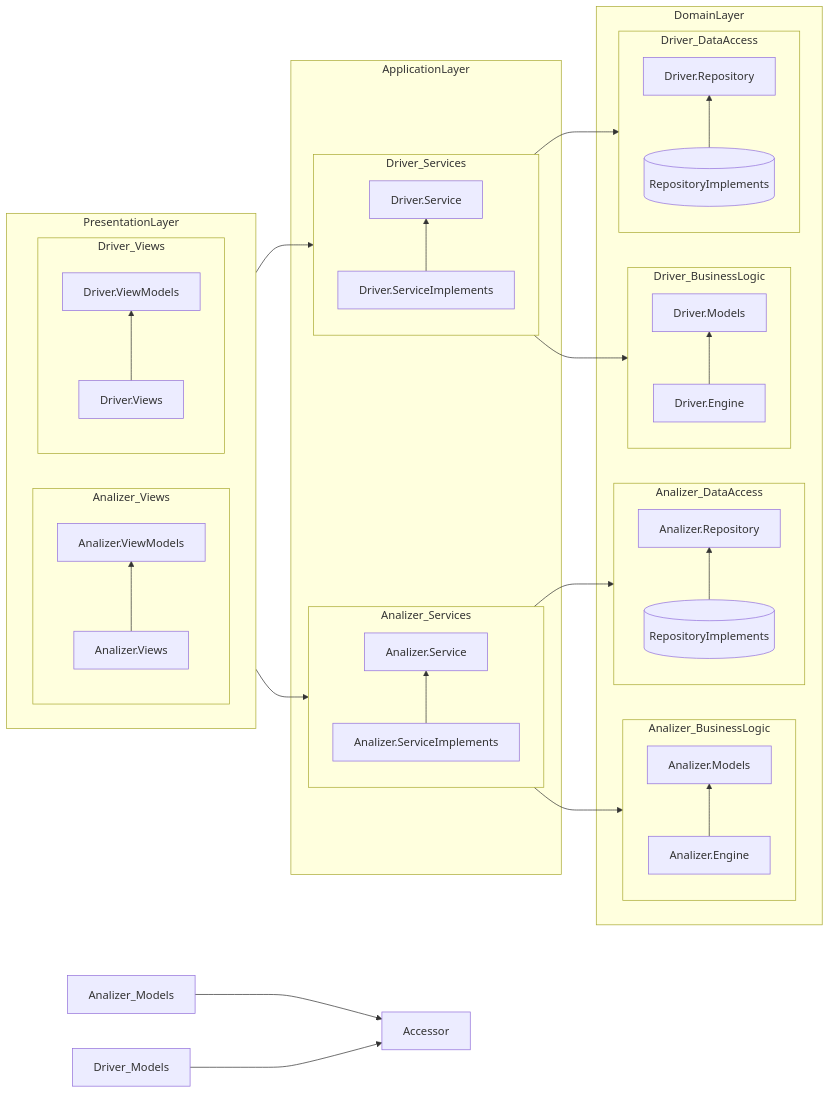
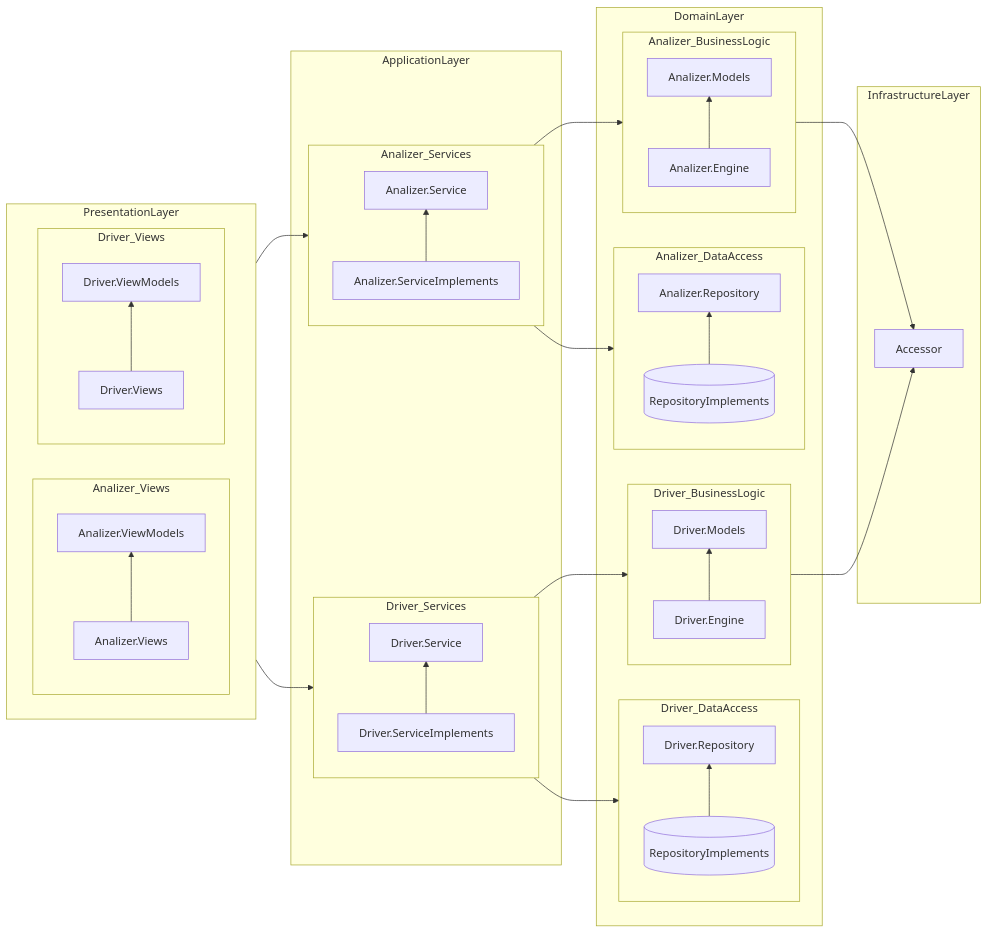
One commit to hidemuu/mov changed the diagram in doc/mermaid/flow_charts/AssemblyStairWay.md. Above: the diagram before and after it, drawn with Mermaid.

Commit message:
20221120_3

````diff
--- a/doc/mermaid/flow_charts/AssemblyStairWay.md
+++ b/doc/mermaid/flow_charts/AssemblyStairWay.md
@@ -1,56 +1,64 @@
 ```mermaid
 flowchart LR
     
-    Analizer_Models --> Accessor
-    Analizer_Views --> Analizer_Services
-    Driver_Models --> Accessor
-    Driver_Views --> Driver_Services
-    
-    subgraph DomainLayer
-        subgraph Analizer_BusinessLogic
-            direction BT
-            Analizer.Engine --> Analizer.Models
-        end
-        subgraph Analizer_DataAccess
-            direction BT
-            Analizer.RepositoryImplements[("RepositoryImplements")] --> Analizer.Repository
-        end
-        subgraph Driver_BusinessLogic
-            direction BT
-            Driver.Engine --> Driver.Models
-        end
-        subgraph Driver_DataAccess
-            direction BT
-            Driver.RepositoryImplements[("RepositoryImplements")] --> Driver.Repository
-        end
-    end
-    
-    subgraph ApplicationLayer
-        subgraph Analizer_Services
-            direction BT
-            Analizer.ServiceImplements --> Analizer.Service
-        end
-        Analizer_Services --> Analizer_BusinessLogic
-        Analizer_Services --> Analizer_DataAccess
-        subgraph Driver_Services
-            direction BT
-            Driver.ServiceImplements --> Driver.Service
-        end
-        Driver_Services --> Driver_BusinessLogic
-        Driver_Services --> Driver_DataAccess
-    end
-
     subgraph PresentationLayer
         direction LR
         subgraph Analizer_Views
             direction BT
             Analizer.Views --> Analizer.ViewModels
         end
         subgraph Driver_Views
             direction BT
             Driver.Views --> Driver.ViewModels
         end
+        
+    end
+
+    Analizer_Views --> Analizer_Services
+    Driver_Views --> Driver_Services
+
+    subgraph ApplicationLayer
+        subgraph Analizer_Services
+            direction BT
+            Analizer.ServiceImplements --> Analizer.Service
+        end
+        
+        subgraph Driver_Services
+            direction BT
+            Driver.ServiceImplements --> Driver.Service
+        end
+        
+    end
+
+    Analizer_Services --> Analizer_BusinessLogic
+    Analizer_Services --> Analizer_DataAccess
+    Driver_Services --> Driver_BusinessLogic
+    Driver_Services --> Driver_DataAccess
+
+    subgraph DomainLayer
+        subgraph Analizer_BusinessLogic
+            direction BT
+            Analizer.Engine --> Analizer.Models
+        end
+        
+        subgraph Analizer_DataAccess
+            direction BT
+            Analizer.RepositoryImplements[("RepositoryImplements")] --> Analizer.Repository
+        end
+        subgraph Driver_BusinessLogic
+            direction BT
+            Driver.Engine --> Driver.Models
+        end
+        
+        subgraph Driver_DataAccess
+            direction BT
+            Driver.RepositoryImplements[("RepositoryImplements")] --> Driver.Repository
+        end
     end
     
+    subgraph InfrastructureLayer
+        Analizer_BusinessLogic --> Accessor
+        Driver_BusinessLogic --> Accessor
+    end
     
 ```
````
